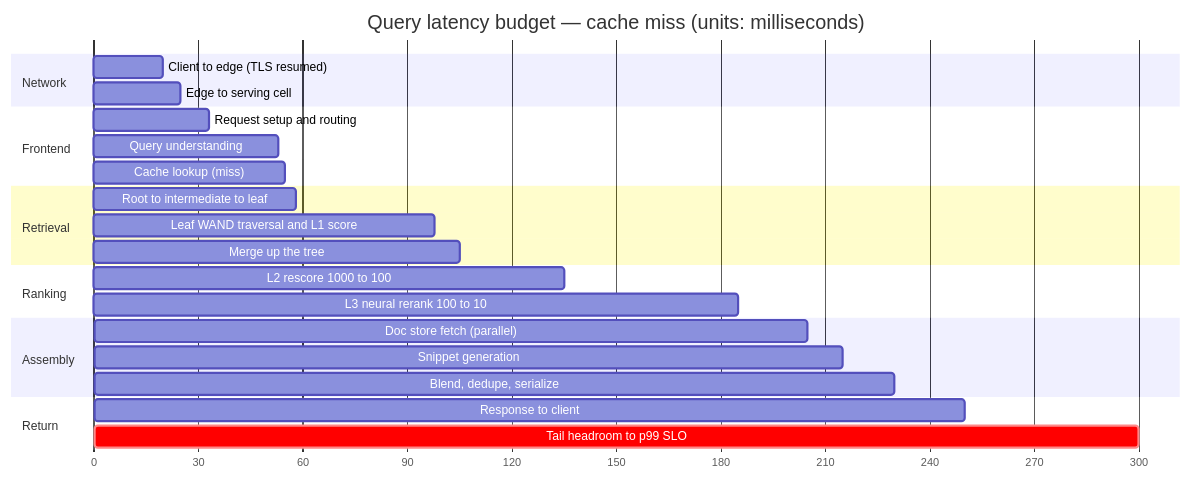
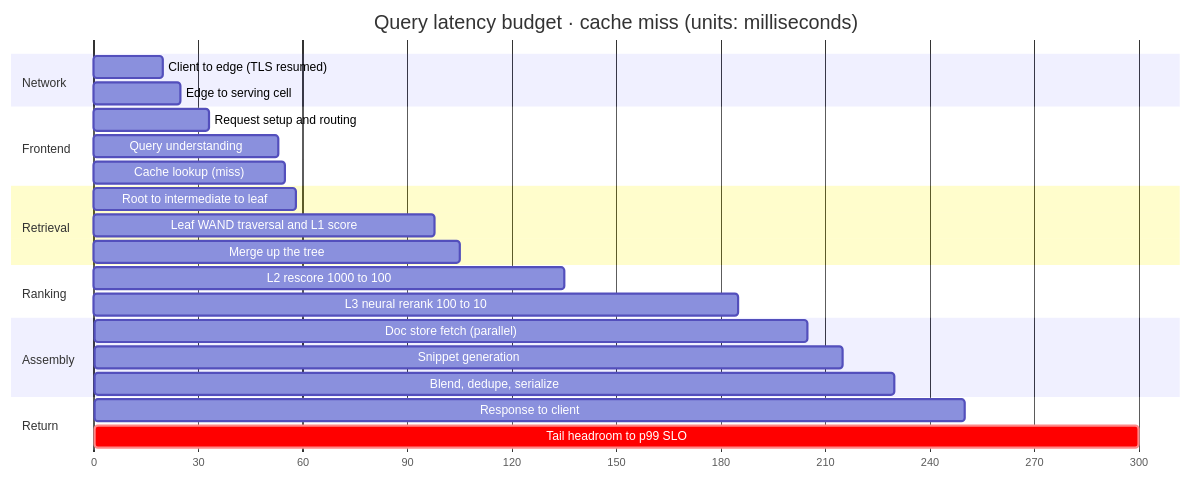
Before and after one commit to ahmedselimmansor-ctrl/google-search-system-design: the fourth of 6 diagrams in docs/en/07-serving.md, drawn with Mermaid. The commit also changed other lines of this file and 89 other files, not shown here.

````diff
--- a/docs/en/07-serving.md
+++ b/docs/en/07-serving.md
@@ -240,33 +240,33 @@
 ```mermaid
 gantt
-    title Query latency budget — cache miss (units: milliseconds)
+    title Query latency budget · cache miss (units: milliseconds)
     dateFormat X
     axisFormat %s
 
     section Network
     Client to edge (TLS resumed)      :net1, 0, 20
     Edge to serving cell              :net2, 20, 25
 
     section Frontend
     Request setup and routing         :fe1, 25, 33
     Query understanding               :qu1, 33, 53
     Cache lookup (miss)               :ca1, 53, 55
 
     section Retrieval
     Root to intermediate to leaf      :rt1, 55, 58
     Leaf WAND traversal and L1 score  :lf1, 58, 98
     Merge up the tree                 :mg1, 98, 105
 
     section Ranking
     L2 rescore 1000 to 100            :l2, 105, 135
     L3 neural rerank 100 to 10        :l3, 135, 185
 
     section Assembly
     Doc store fetch (parallel)        :ds1, 185, 205
     Snippet generation                :sn1, 205, 215
     Blend, dedupe, serialize          :bl1, 215, 230
 
     section Return
     Response to client                :ret, 230, 250
     Tail headroom to p99 SLO          :crit, head, 250, 300
 ```
````
